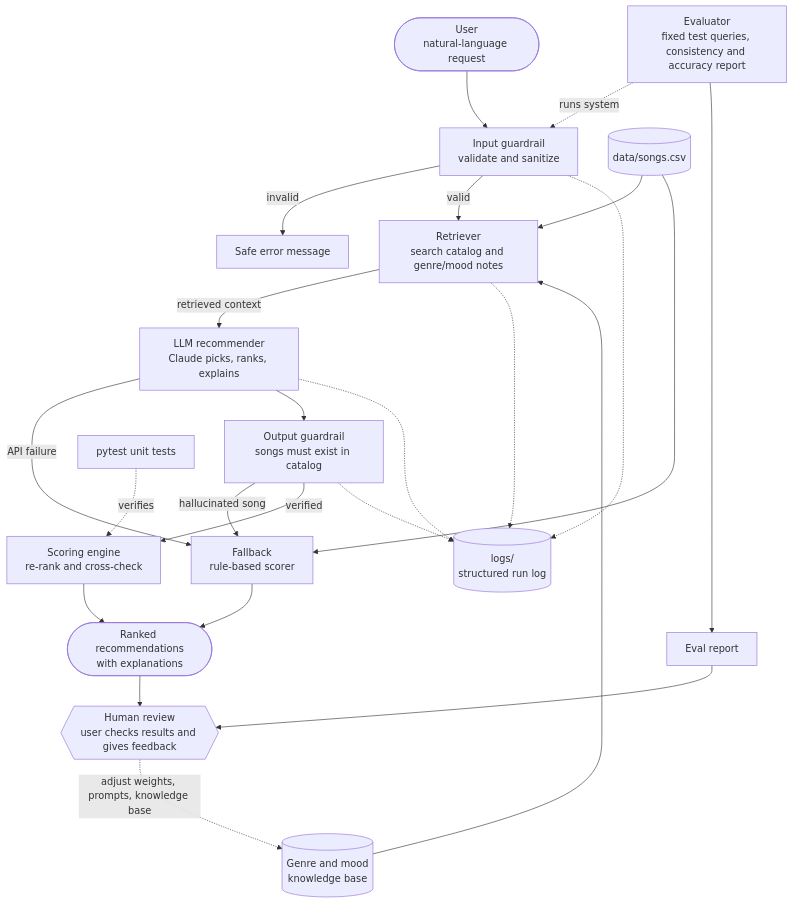
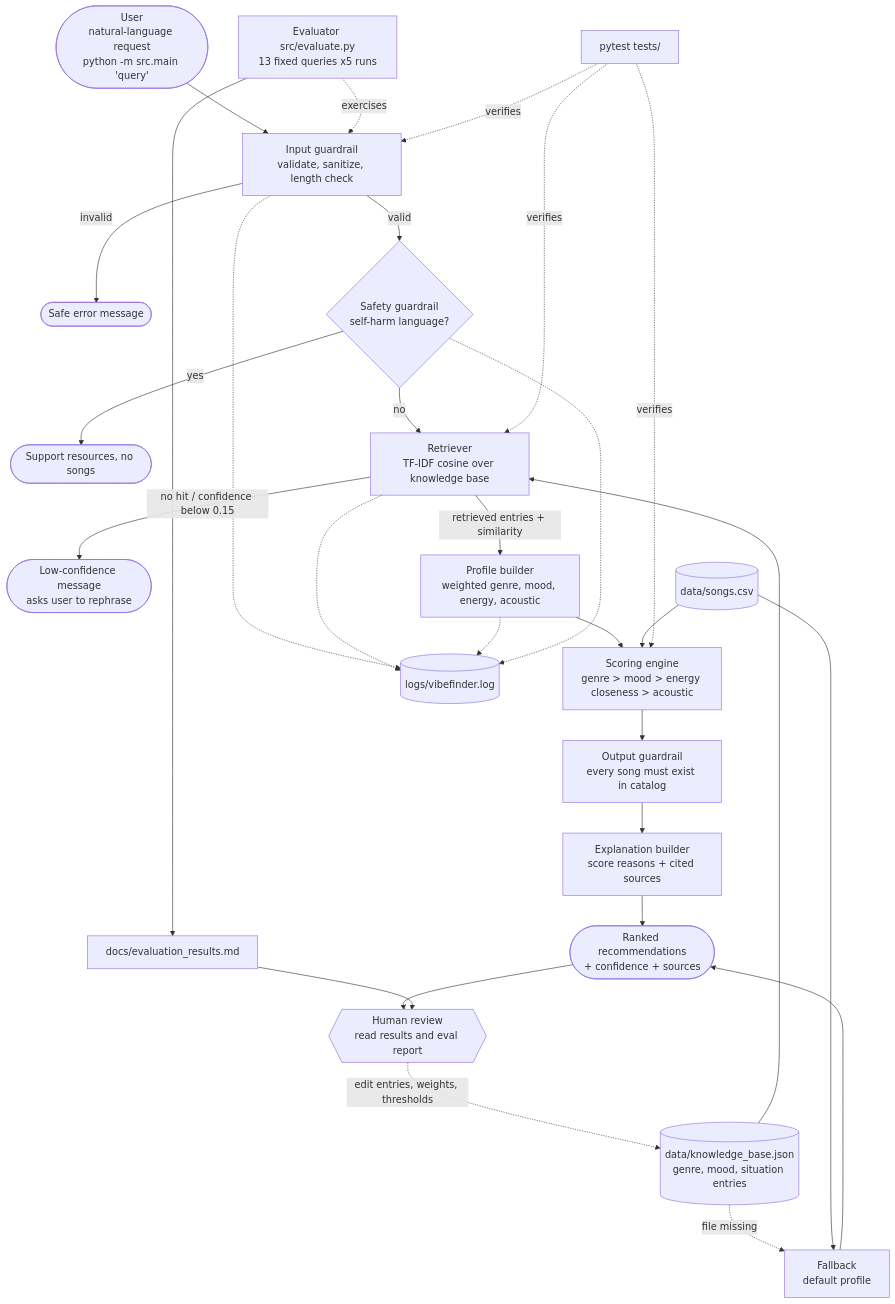
The diagram in diagrams/architecture.mmd (ferihao/applied-ai-system-final), drawn with Mermaid before and after one commit. The commit also changed 12 other files, not shown here.

```diff
--- a/diagrams/architecture.mmd
+++ b/diagrams/architecture.mmd
@@ -1,35 +1,38 @@
 flowchart TD
     %% INPUT
-    U([User<br/>natural-language request]) --> G1[Input guardrail<br/>validate and sanitize]
-    G1 -- invalid --> ERR[Safe error message]
+    U([User<br/>natural-language request<br/>python -m src.main 'query']) --> G1[Input guardrail<br/>validate, sanitize, length check]
+    G1 -- invalid --> ERR([Safe error message])
+    G1 -- valid --> SAFE{Safety guardrail<br/>self-harm language?}
+    SAFE -- yes --> HELP([Support resources, no songs])
 
     %% RETRIEVAL
-    G1 -- valid --> RET[Retriever<br/>search catalog and genre/mood notes]
-    SONGS[(data/songs.csv)] --> RET
-    KB[(Genre and mood<br/>knowledge base)] --> RET
+    SAFE -- no --> RET[Retriever<br/>TF-IDF cosine over knowledge base]
+    KB[(data/knowledge_base.json<br/>genre, mood, situation entries)] --> RET
+    RET -- no hit / confidence below 0.15 --> LOW([Low-confidence message<br/>asks user to rephrase])
+    KB -. file missing .-> FB[Fallback<br/>default profile]
 
     %% GENERATION
-    RET -- retrieved context --> LLM[LLM recommender<br/>Claude picks, ranks, explains]
-    LLM -- API failure --> FB[Fallback<br/>rule-based scorer]
+    RET -- retrieved entries + similarity --> PROF[Profile builder<br/>weighted genre, mood, energy, acoustic]
+    PROF --> SC[Scoring engine<br/>genre > mood > energy closeness > acoustic]
+    SONGS[(data/songs.csv)] --> SC
     SONGS --> FB
-
-    %% CHECKING
-    LLM --> G2[Output guardrail<br/>songs must exist in catalog]
-    G2 -- hallucinated song --> FB
-    G2 -- verified --> SC[Scoring engine<br/>re-rank and cross-check]
+    SC --> G2[Output guardrail<br/>every song must exist in catalog]
+    G2 --> EXP[Explanation builder<br/>score reasons + cited sources]
     FB --> OUT
-    SC --> OUT([Ranked recommendations<br/>with explanations])
+    EXP --> OUT([Ranked recommendations<br/>+ confidence + sources])
 
     %% LOGGING
-    G1 -.-> LOG[(logs/<br/>structured run log)]
+    G1 -.-> LOG[(logs/vibefinder.log)]
     RET -.-> LOG
-    LLM -.-> LOG
-    G2 -.-> LOG
+    PROF -.-> LOG
+    SAFE -.-> LOG
 
     %% TESTING AND HUMAN REVIEW
-    EVAL[Evaluator<br/>fixed test queries, consistency and accuracy report] -. runs system .-> G1
-    EVAL --> REP[Eval report]
-    UT[pytest unit tests] -. verifies .-> SC
-    OUT --> H{{Human review<br/>user checks results and gives feedback}}
+    EVAL[Evaluator src/evaluate.py<br/>13 fixed queries x5 runs] -. exercises .-> G1
+    EVAL --> REP[docs/evaluation_results.md]
+    UT[pytest tests/] -. verifies .-> RET
+    UT -. verifies .-> G1
+    UT -. verifies .-> SC
+    OUT --> H{{Human review<br/>read results and eval report}}
     REP --> H
-    H -. adjust weights, prompts, knowledge base .-> KB
+    H -. edit entries, weights, thresholds .-> KB
```
